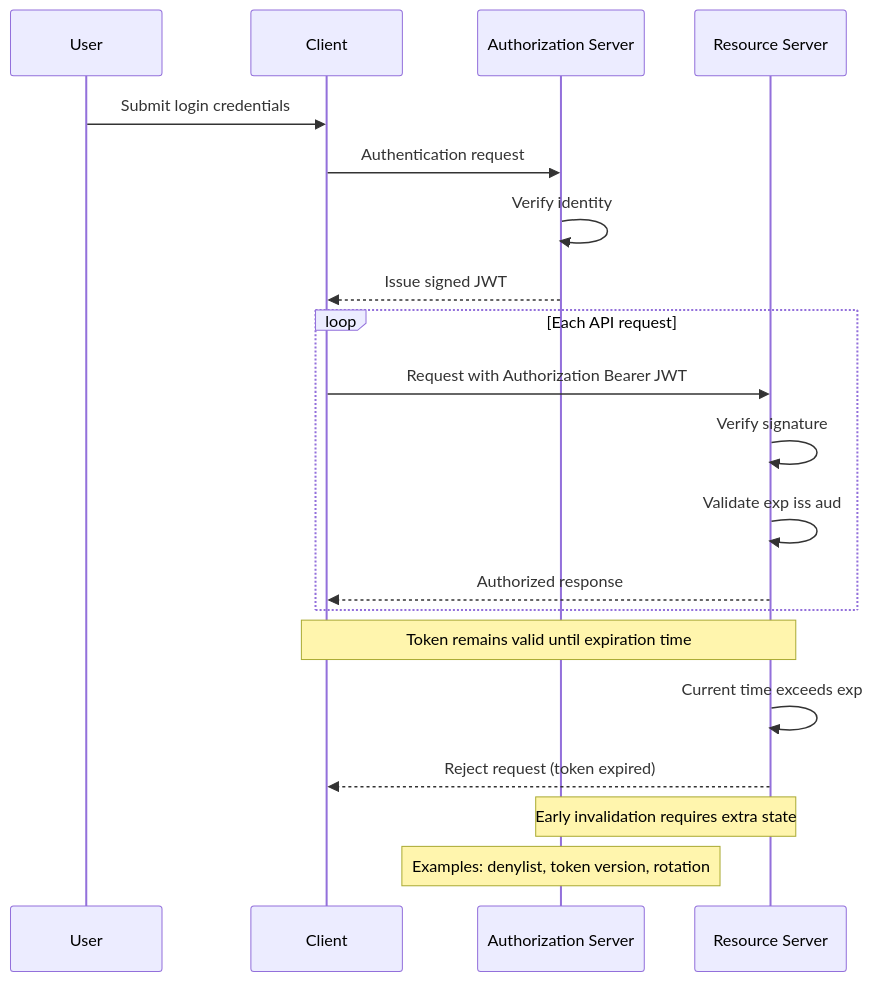
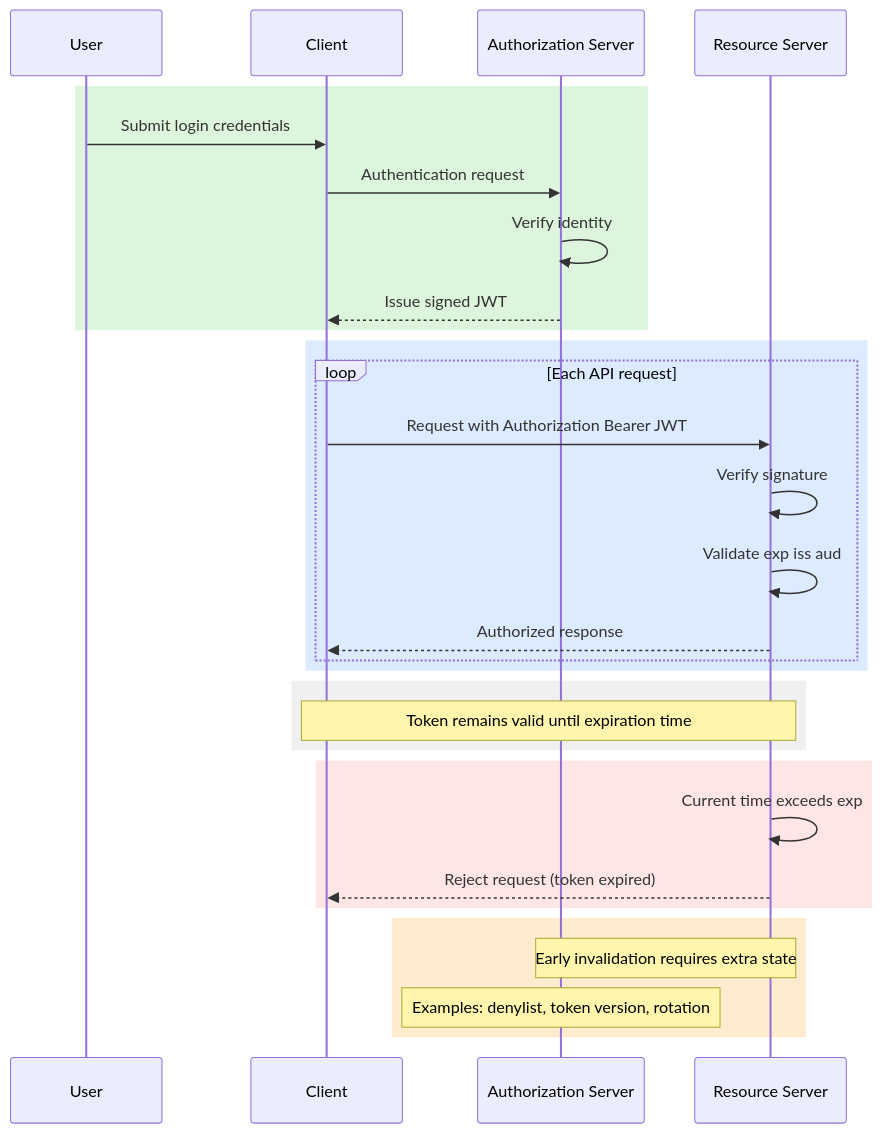
One commit to PrashantMudhiraj/AuthN_AuthZ changed the fifth of 8 diagrams in Security/AuthN_AuthZ.md. Above: the diagram before and after it, drawn with Mermaid. The commit also changed other lines of this file and 1 other file, not shown here.

````diff
--- a/Security/AuthN_AuthZ.md
+++ b/Security/AuthN_AuthZ.md
@@ -1255,28 +1259,43 @@
 ```mermaid
-
 sequenceDiagram
     participant User
     participant Client
     participant AuthServer as Authorization Server
     participant API as Resource Server
 
-    User->>Client: Submit login credentials
-    Client->>AuthServer: Authentication request
-    AuthServer->>AuthServer: Verify identity
-    AuthServer-->>Client: Issue signed JWT
-
-    loop Each API request
-        Client->>API: Request with Authorization Bearer JWT
-        API->>API: Verify signature
-        API->>API: Validate exp iss aud
-        API-->>Client: Authorized response
+    %% --- AUTHENTICATION & TOKEN ISSUANCE (GREEN) ---
+    rect rgb(220, 245, 220)
+        User->>Client: Submit login credentials
+        Client->>AuthServer: Authentication request
+        AuthServer->>AuthServer: Verify identity
+        AuthServer-->>Client: Issue signed JWT
     end
 
-    Note over Client,API: Token remains valid until expiration time
+    %% --- TOKEN USAGE (BLUE) ---
+    rect rgb(220, 235, 255)
+        loop Each API request
+            Client->>API: Request with Authorization Bearer JWT
+            API->>API: Verify signature
+            API->>API: Validate exp iss aud
+            API-->>Client: Authorized response
+        end
+    end
 
-    API->>API: Current time exceeds exp
-    API-->>Client: Reject request (token expired)
+    %% --- TOKEN LIFETIME (GRAY) ---
+    rect rgb(240, 240, 240)
+        Note over Client,API: Token remains valid until expiration time
+    end
 
-    Note over AuthServer,API:  Early invalidation requires extra state
-    Note over AuthServer: Examples: denylist, token version, rotation
+    %% --- TOKEN EXPIRATION (RED) ---
+    rect rgb(255, 230, 230)
+        API->>API: Current time exceeds exp
+        API-->>Client: Reject request (token expired)
+    end
+
+    %% --- EARLY INVALIDATION (ORANGE) ---
+    rect rgb(255, 235, 205)
+        Note over AuthServer,API: Early invalidation requires extra state
+        Note over AuthServer: Examples: denylist, token version, rotation
+    end
+
 ```
````
